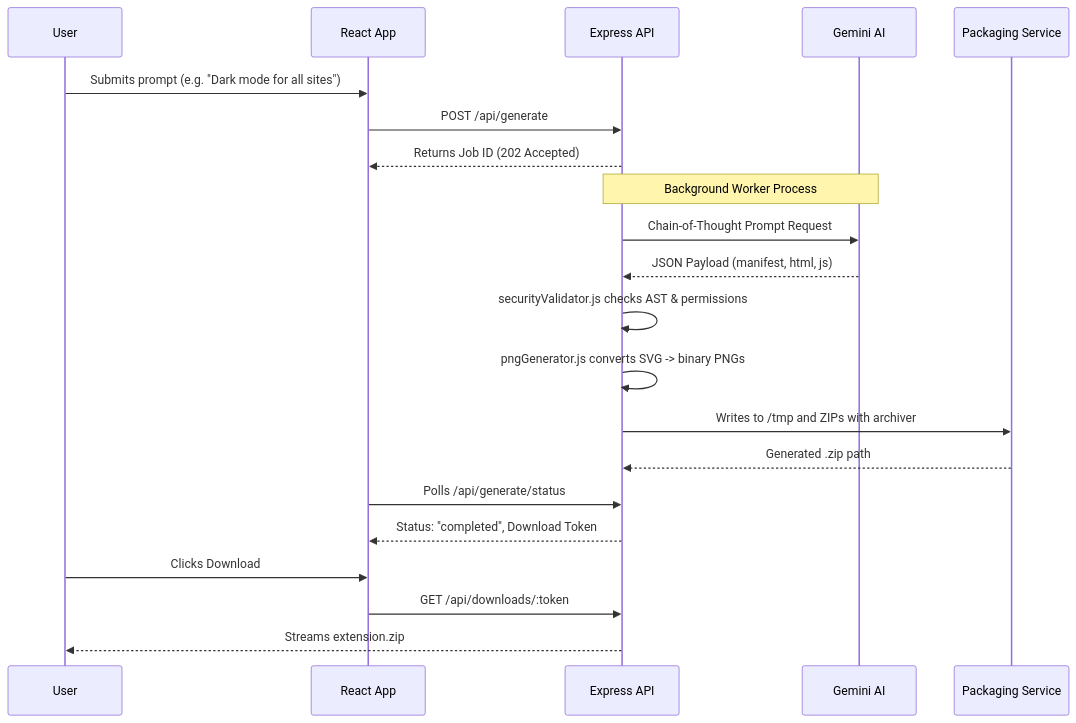
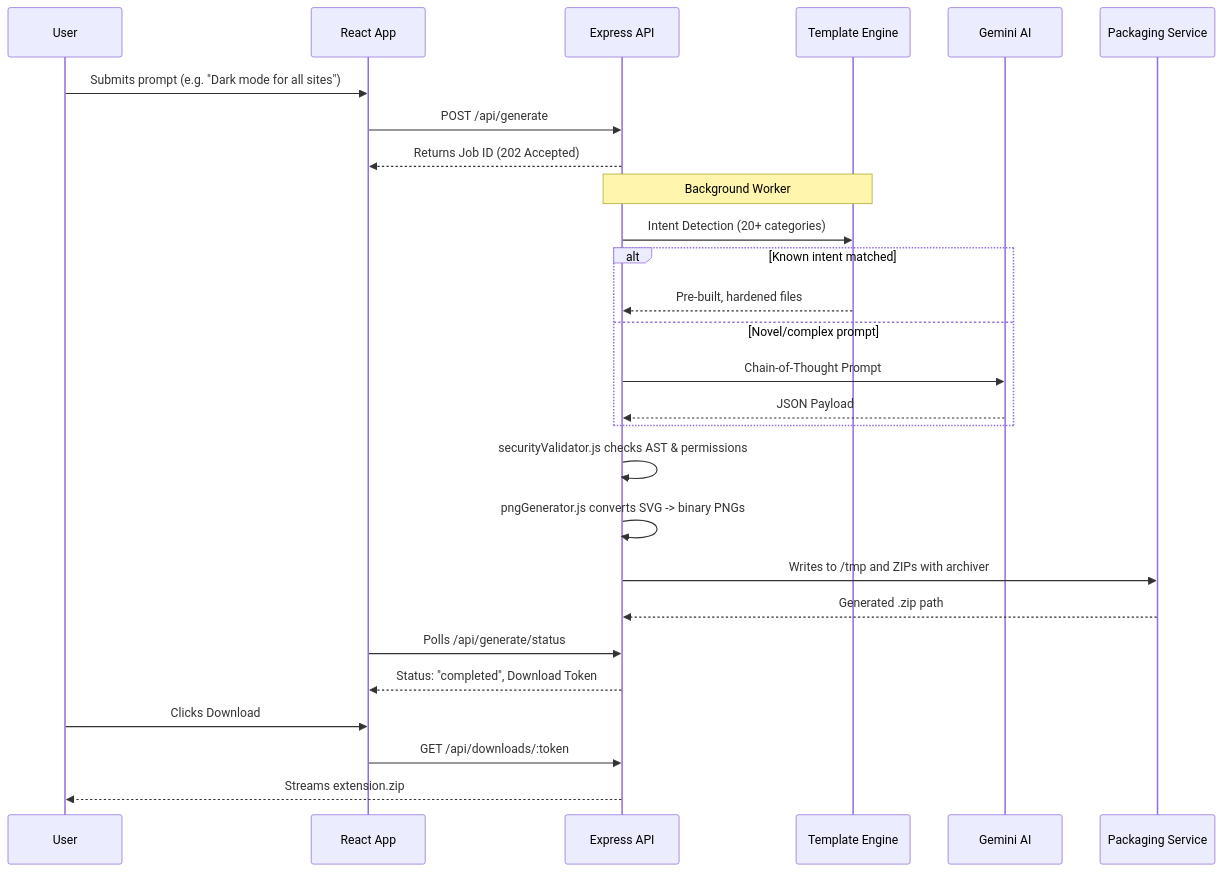
One commit to suryanshsingh07/extensio.ai changed the second of 2 diagrams in README.md. Above: the diagram before and after it, drawn with Mermaid. The commit also changed other lines of this file and 2 other files, not shown here.

````diff
--- a/README.md
+++ b/README.md
@@ -164,29 +203,35 @@
 ```mermaid
 sequenceDiagram
     participant User
     participant React App
     participant Express API
+    participant Template Engine
     participant Gemini AI
     participant Packaging Service
 
     User->>React App: Submits prompt (e.g. "Dark mode for all sites")
     React App->>Express API: POST /api/generate
     Express API-->>React App: Returns Job ID (202 Accepted)
-    
-    Note over Express API,Gemini AI: Background Worker Process
-    Express API->>Gemini AI: Chain-of-Thought Prompt Request
-    Gemini AI-->>Express API: JSON Payload (manifest, html, js)
-    
+
+    Note over Express API,Template Engine: Background Worker
+    Express API->>Template Engine: Intent Detection (20+ categories)
+    alt Known intent matched
+        Template Engine-->>Express API: Pre-built, hardened files
+    else Novel/complex prompt
+        Express API->>Gemini AI: Chain-of-Thought Prompt
+        Gemini AI-->>Express API: JSON Payload
+    end
+
     Express API->>Express API: securityValidator.js checks AST & permissions
     Express API->>Express API: pngGenerator.js converts SVG -> binary PNGs
     
     Express API->>Packaging Service: Writes to /tmp and ZIPs with archiver
     Packaging Service-->>Express API: Generated .zip path
-    
+
     React App->>Express API: Polls /api/generate/status
     Express API-->>React App: Status: "completed", Download Token
-    
+
     User->>React App: Clicks Download
     React App->>Express API: GET /api/downloads/:token
     Express API-->>User: Streams extension.zip
 ```
````
